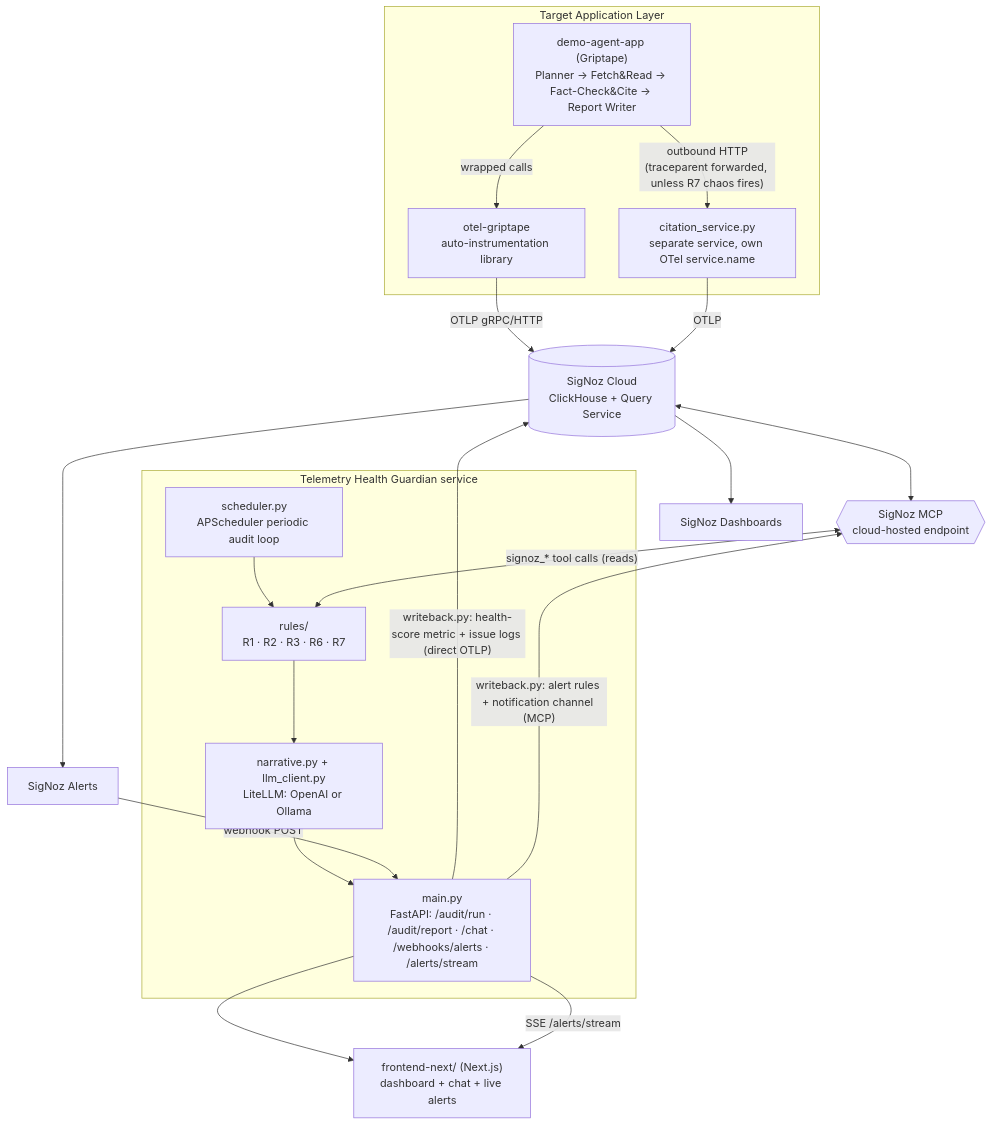
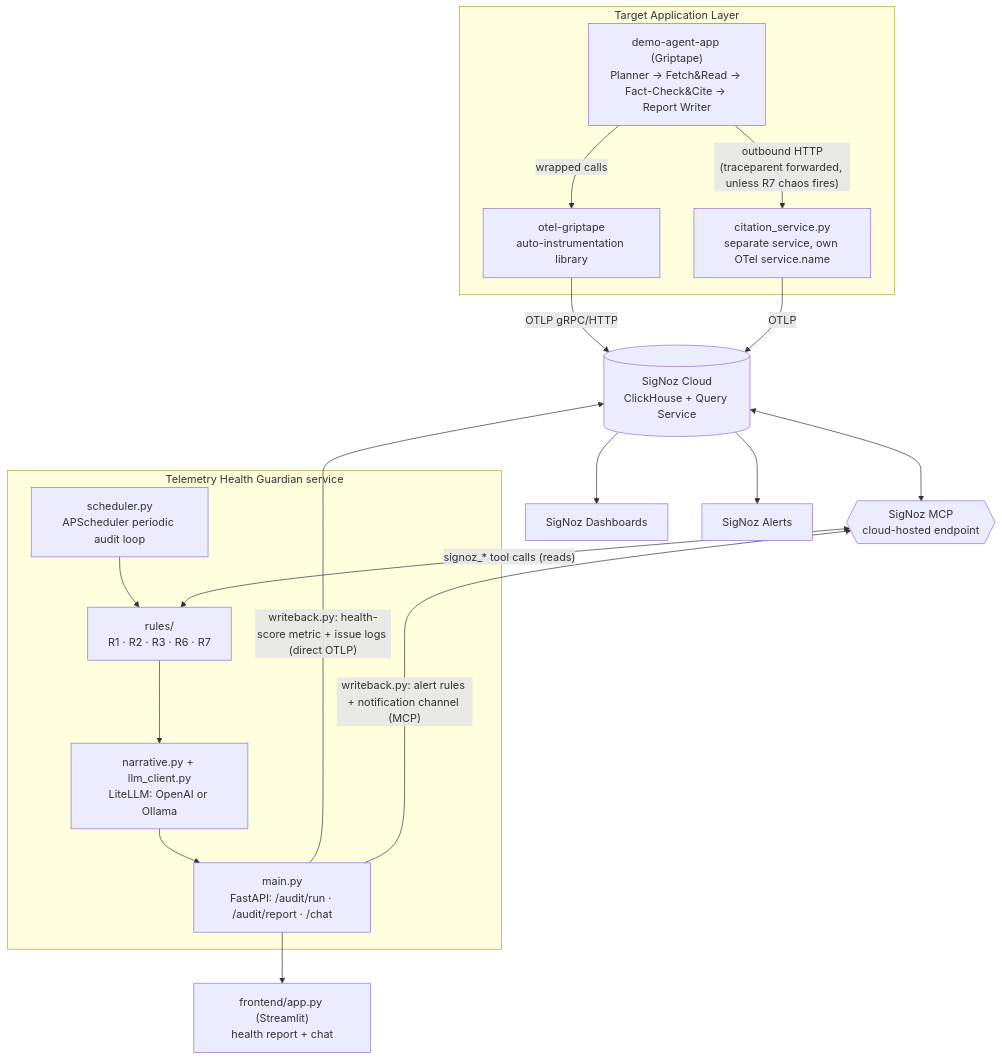
One commit to ayushraj09/telemetry-health-guardian changed the diagram in README.md. Above: the diagram before and after it, drawn with Mermaid. The commit also changed other lines of this file, not shown here.

````diff
--- a/README.md
+++ b/README.md
@@ -68,36 +69,34 @@
 ```mermaid
 flowchart TB
     subgraph TargetApp["Target Application Layer"]
         A["demo-agent-app (Griptape)<br/>Planner → Fetch&Read → Fact-Check&Cite → Report Writer"]
         A -->|wrapped calls| LIB["otel-griptape<br/>auto-instrumentation library"]
         A -->|"outbound HTTP<br/>(traceparent forwarded, unless R7 chaos fires)"| CITE["citation_service.py<br/>separate service, own OTel service.name"]
     end
 
     LIB -->|OTLP gRPC/HTTP| SIGNOZ[(SigNoz Cloud<br/>ClickHouse + Query Service)]
     CITE -->|OTLP| SIGNOZ
 
     subgraph Guardian["Telemetry Health Guardian service"]
         SCHED["scheduler.py<br/>APScheduler periodic audit loop"]
         RULES["rules/<br/>R1 · R2 · R3 · R6 · R7"]
         LLMLAYER["narrative.py + llm_client.py<br/>LiteLLM: OpenAI or Ollama"]
-        API["main.py<br/>FastAPI: /audit/run · /audit/report · /chat · /webhooks/alerts · /alerts/stream"]
+        API["main.py<br/>FastAPI: /audit/run · /audit/report · /chat"]
         SCHED --> RULES
         RULES --> LLMLAYER
         LLMLAYER --> API
     end
 
     MCP{{"SigNoz MCP<br/>cloud-hosted endpoint"}}
     SIGNOZ <--> MCP
     MCP <-->|"signoz_* tool calls (reads)"| RULES
 
     API -->|"writeback.py: health-score metric + issue logs (direct OTLP)"| SIGNOZ
     API -->|"writeback.py: alert rules + notification channel (MCP)"| MCP
 
-    UI["frontend-next/ (Next.js)<br/>dashboard + chat + live alerts"]
+    UI["frontend/app.py (Streamlit)<br/>health report + chat"]
     API --> UI
-    API -->|"SSE /alerts/stream"| UI
 
     SIGNOZ --> DASH[SigNoz Dashboards]
     SIGNOZ --> ALERTS[SigNoz Alerts]
-    ALERTS -->|"webhook POST"| API
 ```
````
